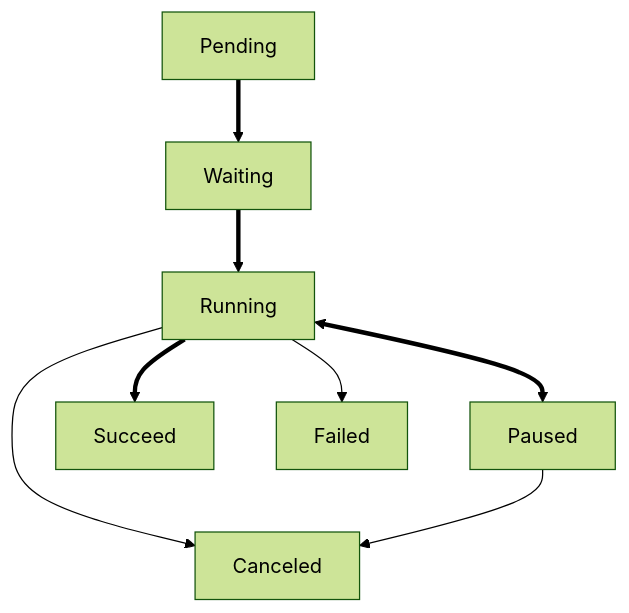
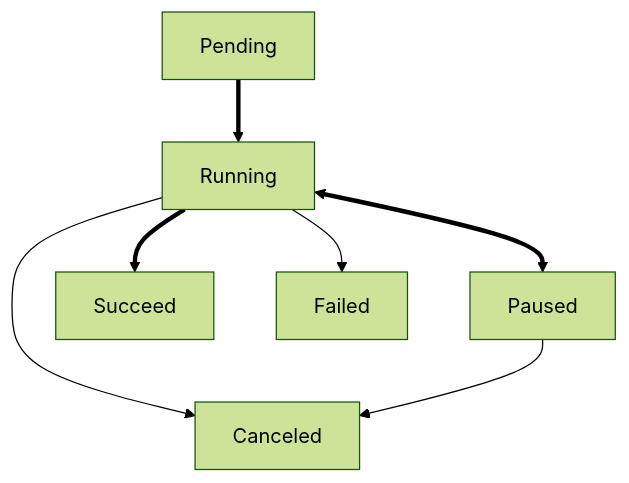
The diagram in README.md (Leawind/tuzk-ts), drawn with Mermaid (forest theme) before and after one commit. The commit also changed other lines of this file and 4 other files, not shown here.

````diff
--- a/README.md
+++ b/README.md
@@ -83,12 +65,12 @@
 ```mermaid
 flowchart TB
-	Pending ==> Waiting ==> Running
+	Pending ==> Running
 
 	Running <==> Paused
 
 	Running ==> Succeed
 	Running --> Failed
 
 	Running --> Canceled
 	Paused --> Canceled
 ```
````
